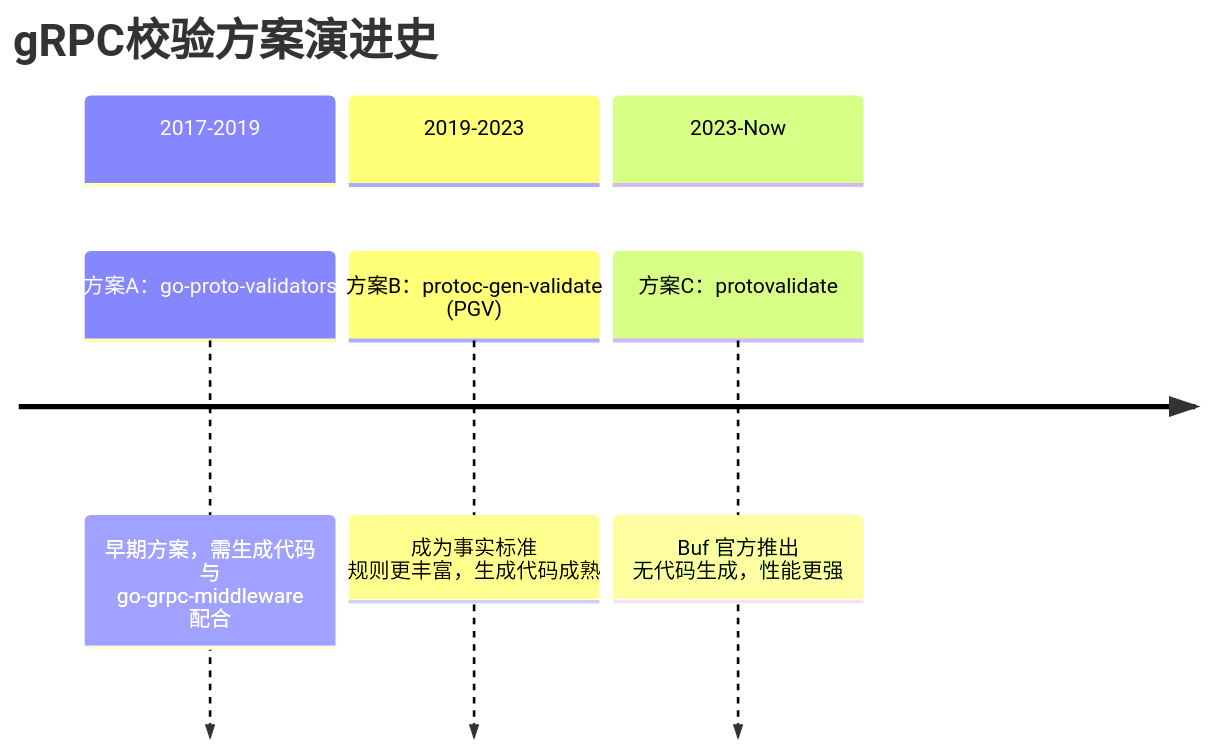
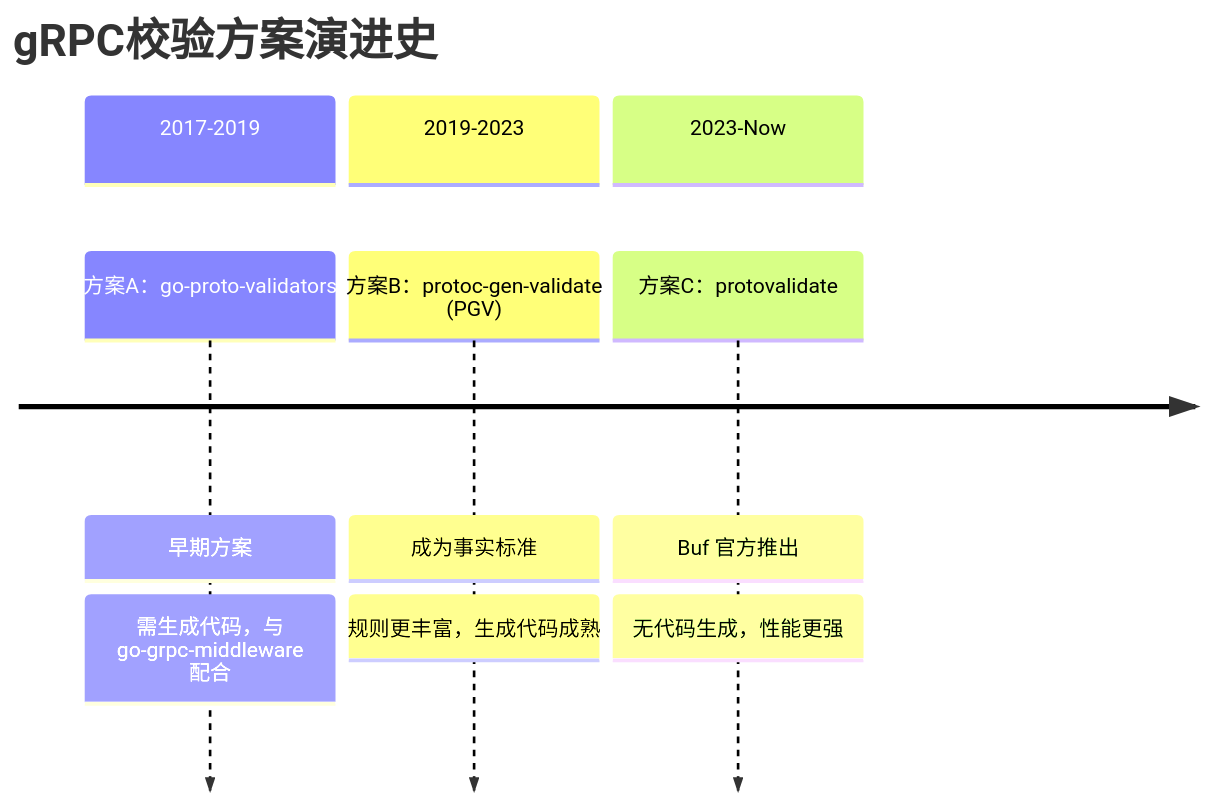
One commit to Jinvic/personal-blog changed the diagram in content/posts/2026/grpc实践练习.md. Above: the diagram before and after it, drawn with Mermaid.

Commit message:
update post

````diff
--- a/content/posts/2026/grpc实践练习.md
+++ b/content/posts/2026/grpc实践练习.md
@@ -1164,13 +1164,16 @@
 ```mermaid
 timeline
 title gRPC校验方案演进史
 section 2017-2019 
 方案A：go-proto-validators
-: 早期方案，需生成代码<br>与 go-grpc-middleware 配合
+: 早期方案
+: 需生成代码，与 go-grpc-middleware 配合
 section 2019-2023 
 方案B：protoc-gen-validate (PGV)
-: 成为事实标准<br>规则更丰富，生成代码成熟
+: 成为事实标准
+: 规则更丰富，生成代码成熟
 section 2023-Now 
 方案C：protovalidate
-: Buf 官方推出<br>无代码生成，性能更强
+: Buf 官方推出
+: 无代码生成，性能更强
 ```
````
